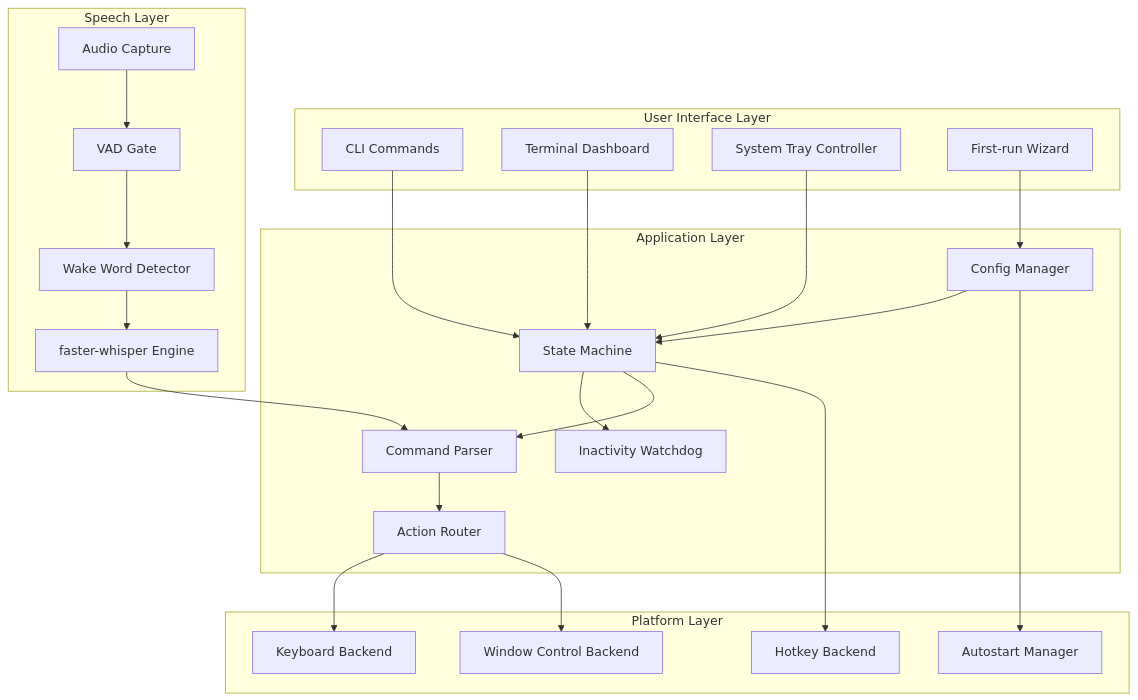
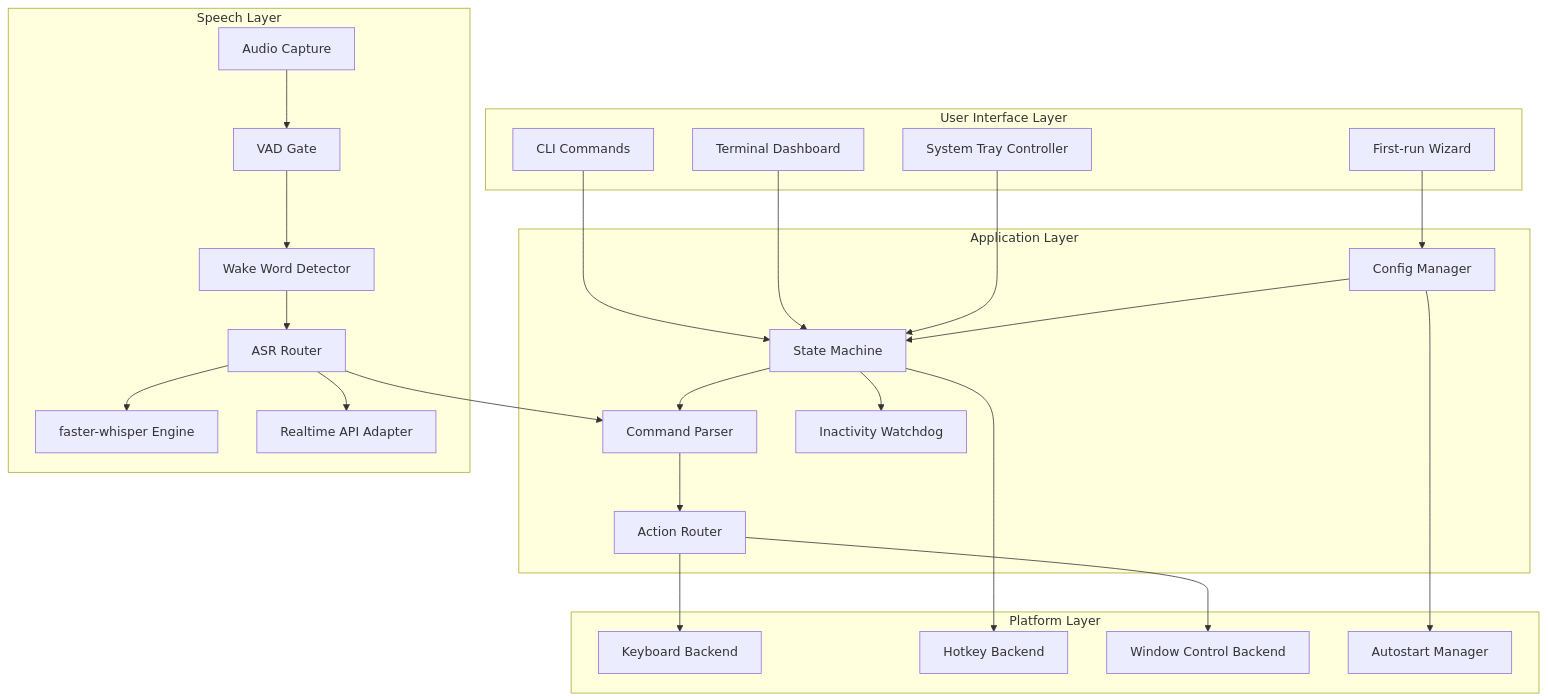
One commit to ihmorol/VoiceKey changed the first of 3 diagrams in architecture.md. Above: the diagram before and after it, drawn with Mermaid. The commit also changed other lines of this file and 1 other file, not shown here.

Commit message:
Define hybrid ASR as source-of-truth architecture

````diff
--- a/architecture.md
+++ b/architecture.md
@@ -35,44 +36,48 @@
 ```mermaid
 flowchart TB
     subgraph UI[User Interface Layer]
         CLI[CLI Commands]
         DASH[Terminal Dashboard]
         TRAY[System Tray Controller]
         WIZ[First-run Wizard]
     end
 
     subgraph APP[Application Layer]
         FSM[State Machine]
         CFG[Config Manager]
         CMD[Command Parser]
         WATCH[Inactivity Watchdog]
         ROUTE[Action Router]
     end
 
     subgraph SPEECH[Speech Layer]
         CAP[Audio Capture]
         VAD[VAD Gate]
         WAKE[Wake Word Detector]
-        ASR[faster-whisper Engine]
+        ASR_ROUTE[ASR Router]
+        ASR_LOCAL[faster-whisper Engine]
+        ASR_CLOUD[Realtime API Adapter]
     end
 
     subgraph SYS[Platform Layer]
         KB[Keyboard Backend]
         HK[Hotkey Backend]
         WIN[Window Control Backend]
         AUTO[Autostart Manager]
     end
 
     CLI --> FSM
     DASH --> FSM
     TRAY --> FSM
     WIZ --> CFG
     CFG --> FSM
     FSM --> WATCH
     FSM --> CMD
-    CAP --> VAD --> WAKE --> ASR --> CMD --> ROUTE
+    CAP --> VAD --> WAKE --> ASR_ROUTE --> CMD --> ROUTE
+    ASR_ROUTE --> ASR_LOCAL
+    ASR_ROUTE --> ASR_CLOUD
     ROUTE --> KB
     ROUTE --> WIN
     FSM --> HK
     CFG --> AUTO
 ```
````
